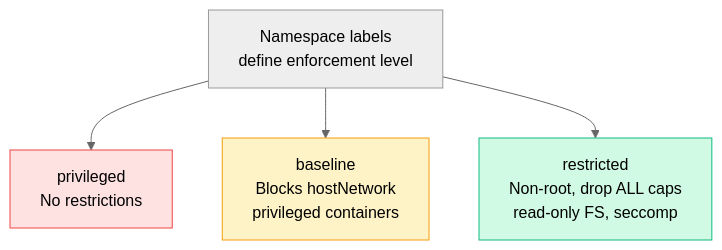
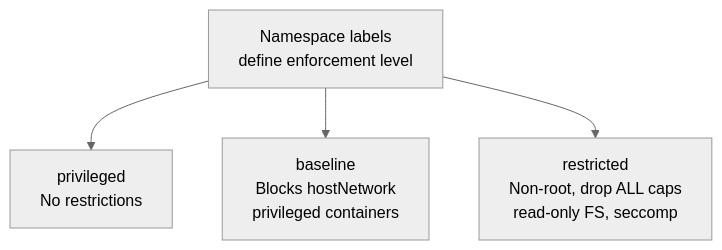
Before and after one commit to Gautam4424/k8slearn-content: the second of 2 diagrams in content/cka/09-security-rbac-tls-psa-networkpolicy/94-securitycontext-pod-security-admission/94-securitycontext-pod-security-admission.md, drawn with Mermaid (neutral theme). The commit also changed other lines of this file and 40 other files, not shown here.

Commit message:
chore: fix mermaid style regex

````diff
--- a/content/cka/09-security-rbac-tls-psa-networkpolicy/94-securitycontext-pod-security-admission/94-securitycontext-pod-security-admission.md
+++ b/content/cka/09-security-rbac-tls-psa-networkpolicy/94-securitycontext-pod-security-admission/94-securitycontext-pod-security-admission.md
@@ -61,11 +59,8 @@
 ```mermaid
 flowchart TD
     NS["Namespace labels\ndefine enforcement level"]
     PRIV["privileged\nNo restrictions"]
     BASE["baseline\nBlocks hostNetwork\nprivileged containers"]
     REST["restricted\nNon-root, drop ALL caps\nread-only FS, seccomp"]
     NS --> PRIV & BASE & REST
-    style REST fill:#d1fae5,stroke:#10b981
-    style BASE fill:#fef3c7,stroke:#f59e0b
-    style PRIV fill:#fee2e2,stroke:#ef4444
 ```
````
